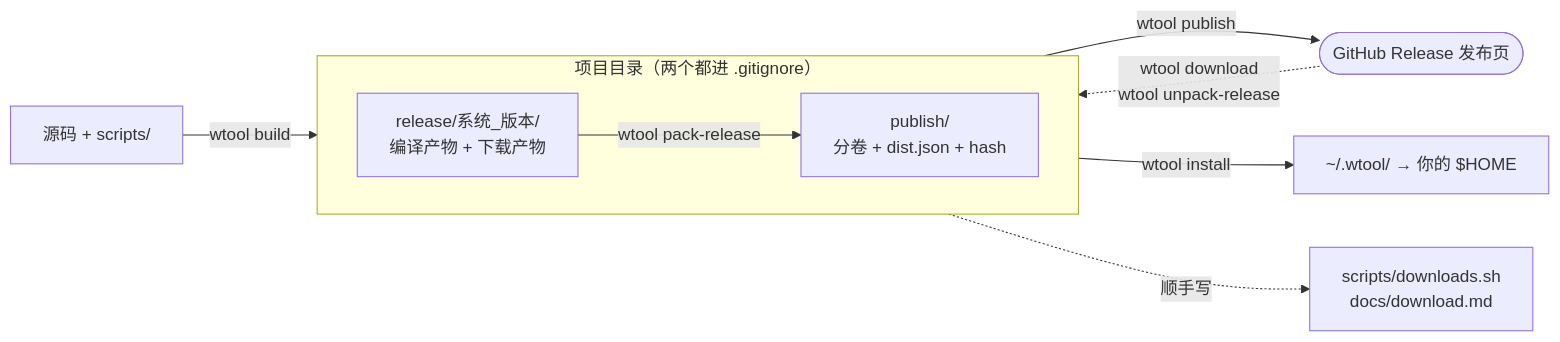
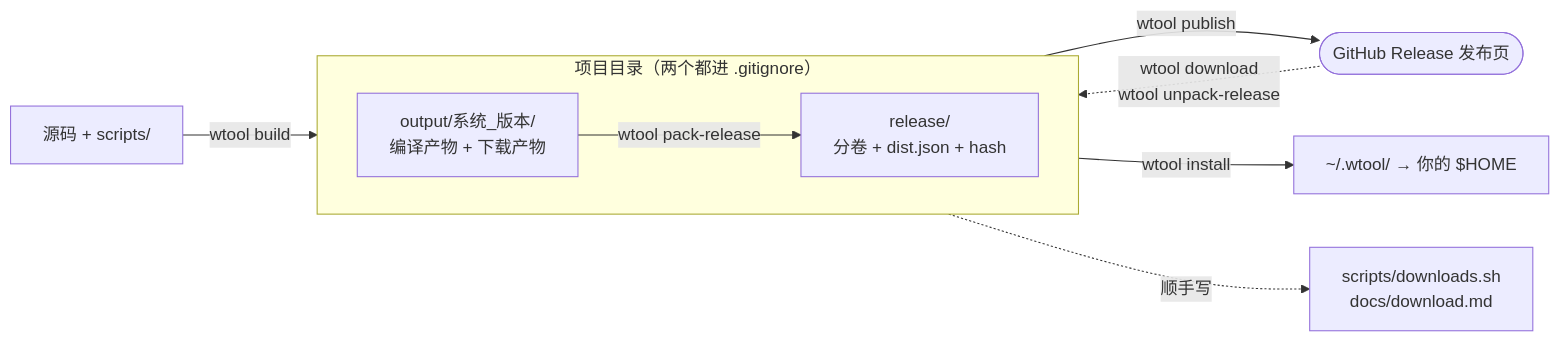
One commit to allinkernel/wtool changed the diagram in .pic/commands.mmd. Above: the diagram before and after it, drawn with Mermaid. The commit also changed 5 other files, not shown here.

First line of the commit message:
目录改名：release/ → output/、publish/ → release/（用户文档）

```diff
--- a/.pic/commands.mmd
+++ b/.pic/commands.mmd
@@ -1,20 +1,20 @@
-%% 命令与 release/ publish/ 的关系 —— wtool-base/README.md §1.3 用
+%% 命令与 output/ release/ 的关系 —— wtool-base/README.md §1.3 用
 %% 改完跑 .pic/render.sh 重新生成 commands.png
 flowchart LR
     SRC["源码 + scripts/"]
     GH(["GitHub Release 发布页"])
     WT["~/.wtool/ → 你的 $HOME"]
     GEN["scripts/downloads.sh<br/>docs/download.md"]
 
     subgraph PROJ["项目目录（两个都进 .gitignore）"]
         direction LR
-        REL["release/系统_版本/<br/>编译产物 + 下载产物"]
-        PUB["publish/<br/>分卷 + dist.json + hash"]
+        REL["output/系统_版本/<br/>编译产物 + 下载产物"]
+        PUB["release/<br/>分卷 + dist.json + hash"]
     end
 
     SRC -->|"wtool build"| REL
     REL -->|"wtool pack-release"| PUB
     PUB -->|"wtool publish"| GH
     GH -.->|"wtool download<br/>wtool unpack-release"| REL
     REL -->|"wtool install"| WT
     PUB -.->|"顺手写"| GEN
```
